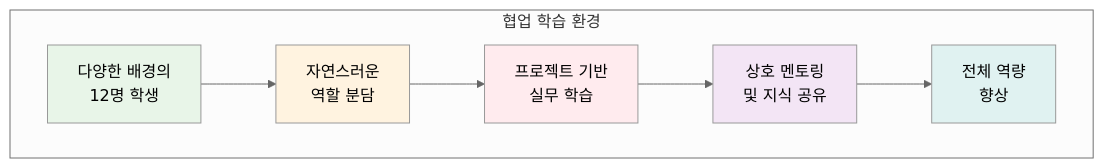
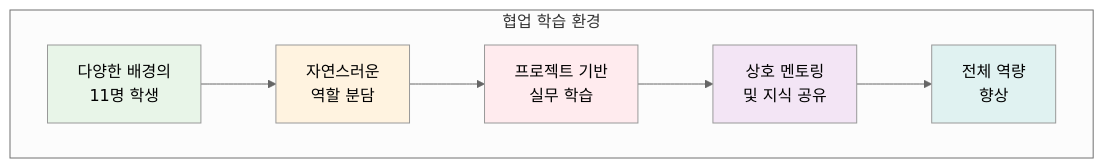
The second of 3 diagrams in README.md (niceguy61/kdt_devops_lecture_2025), drawn with Mermaid (neutral theme) before and after one commit. The commit also changed other lines of this file and 8 other files, not shown here.

````diff
--- a/README.md
+++ b/README.md
@@ -153,15 +153,15 @@
 ```mermaid
 graph TB
     subgraph "협업 학습 환경"
-        A[다양한 배경의<br/>12명 학생] --> B[자연스러운<br/>역할 분담]
+        A[다양한 배경의<br/>11명 학생] --> B[자연스러운<br/>역할 분담]
         B --> C[프로젝트 기반<br/>실무 학습]
         C --> D[상호 멘토링<br/>및 지식 공유]
         D --> E[전체 역량<br/>향상]
     end
     
     style A fill:#e8f5e8
     style B fill:#fff3e0
     style C fill:#ffebee
     style D fill:#f3e5f5
     style E fill:#e0f2f1
 ```
````
